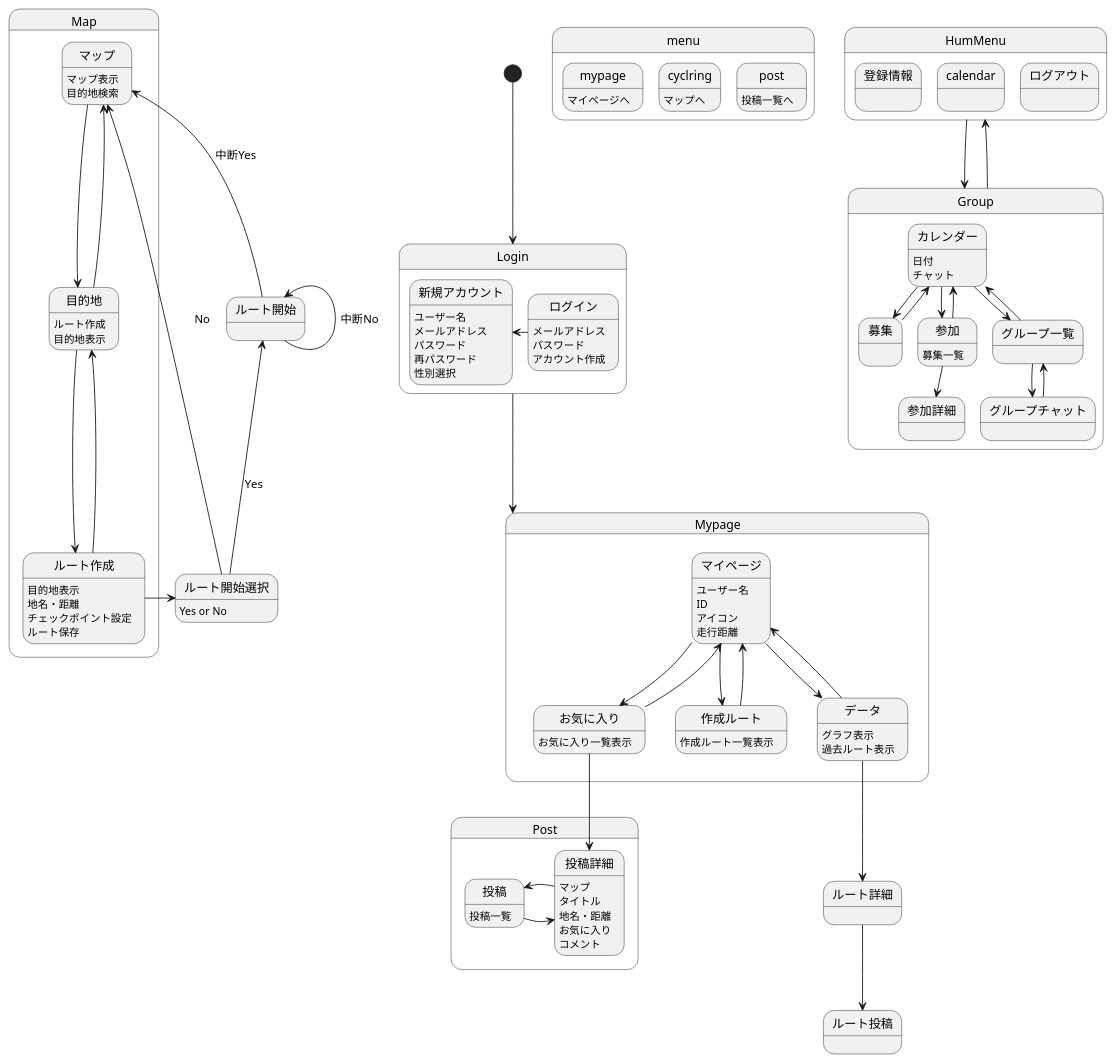
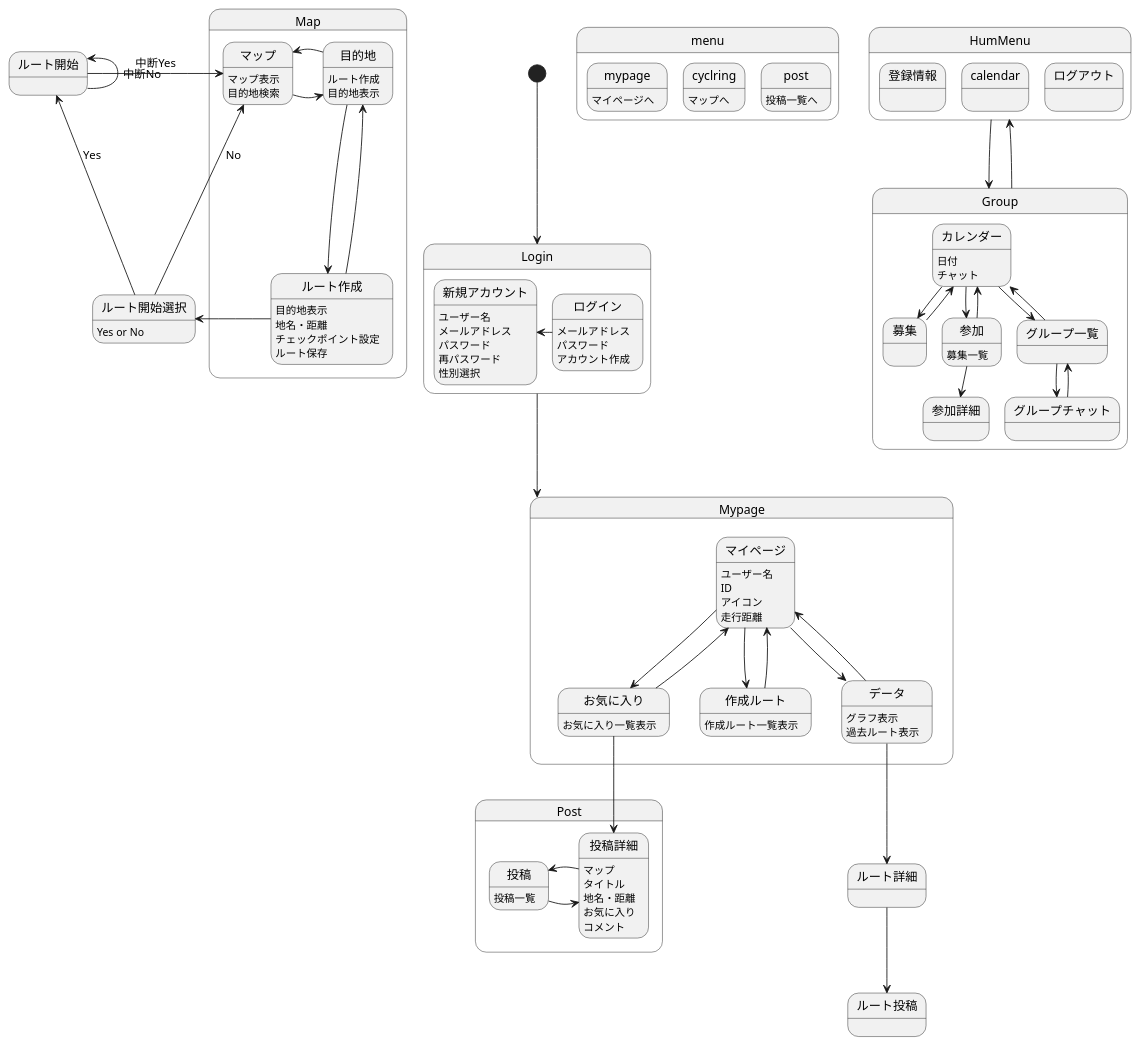
One commit to AsoSD3A3/CyclingSystem changed the diagram in 画面遷移図/gm.md. Above: the diagram before and after it, drawn with PlantUML.

```diff
--- a/画面遷移図/gm.md
+++ b/画面遷移図/gm.md
@@ -71,8 +71,8 @@
 state Map{
 マップ:マップ表示
 マップ:目的地検索
-マップ-down->目的地
-目的地-up->マップ
+マップ-left->目的地
+目的地-right->マップ
 目的地:ルート作成
 目的地:目的地表示
 目的地-down->ルート作成
```
